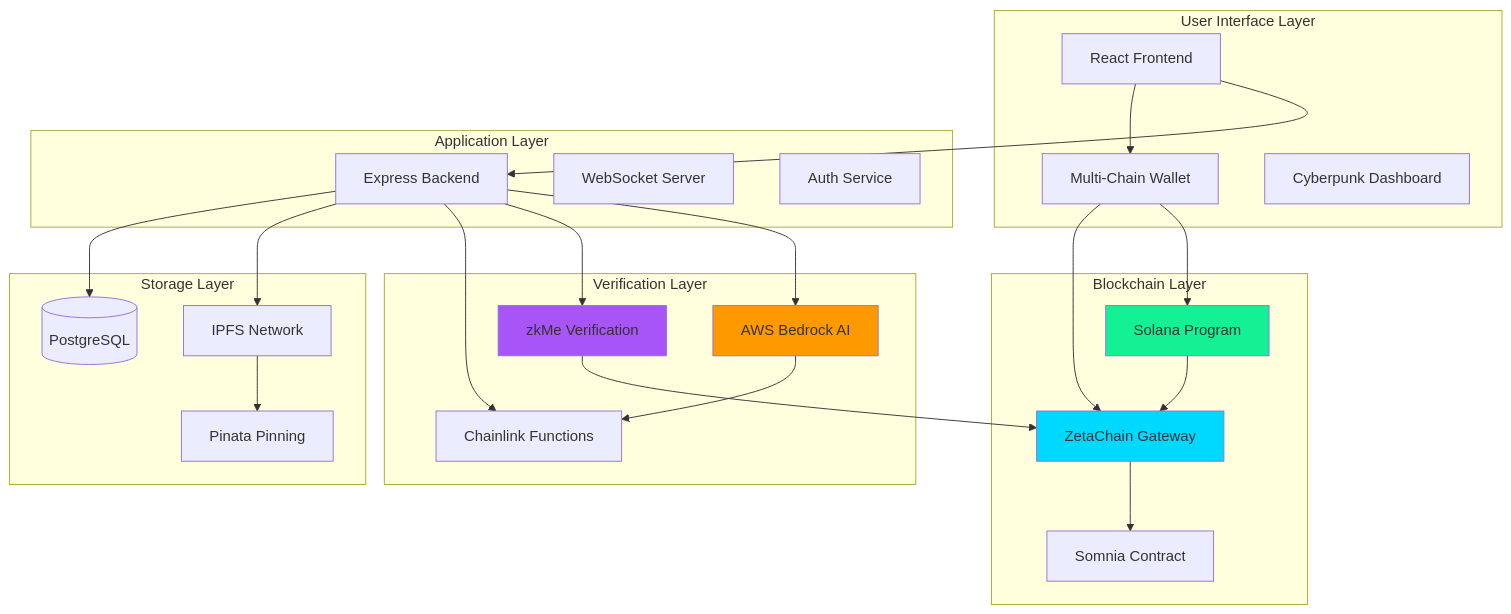
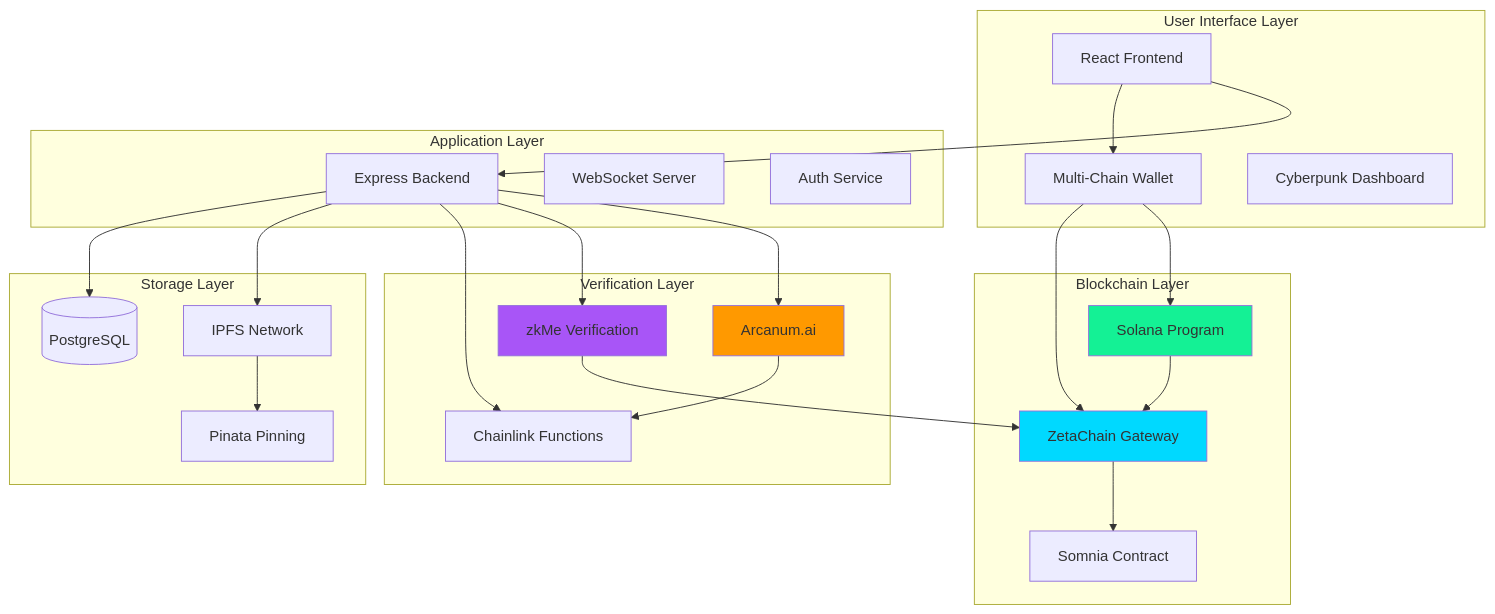
Before and after one commit to De-real-iManuel/aetherlock-docs: the first of 16 diagrams in technical-architecture.mdx, drawn with Mermaid. The commit also changed other lines of this file and 92 other files, not shown here.

````diff
--- a/technical-architecture.mdx
+++ b/technical-architecture.mdx
@@ -12,55 +12,55 @@
 ```mermaid
 graph TB
     subgraph "User Interface Layer"
         UI[React Frontend]
         Wallet[Multi-Chain Wallet]
         Dashboard[Cyberpunk Dashboard]
     end
     
     subgraph "Application Layer"
         API[Express Backend]
         WS[WebSocket Server]
         Auth[Auth Service]
     end
     
     subgraph "Verification Layer"
-        AI[AWS Bedrock AI]
+        AI[Arcanum.ai]
         KYC[zkMe Verification]
         Oracle[Chainlink Functions]
     end
     
     subgraph "Blockchain Layer"
         Solana[Solana Program]
         Zeta[ZetaChain Gateway]
         Somnia[Somnia Contract]
     end
     
     subgraph "Storage Layer"
         IPFS[IPFS Network]
         Pinata[Pinata Pinning]
         DB[(PostgreSQL)]
     end
     
     UI --> API
     UI --> Wallet
     Wallet --> Solana
     Wallet --> Zeta
     
     API --> AI
     API --> KYC
     API --> Oracle
     API --> IPFS
     API --> DB
     
     Solana --> Zeta
     Zeta --> Somnia
     
     AI --> Oracle
     KYC --> Zeta
     IPFS --> Pinata
     
     style AI fill:#FF9900
     style KYC fill:#A855F7
     style Solana fill:#14F195
     style Zeta fill:#00D9FF
 ```
````
